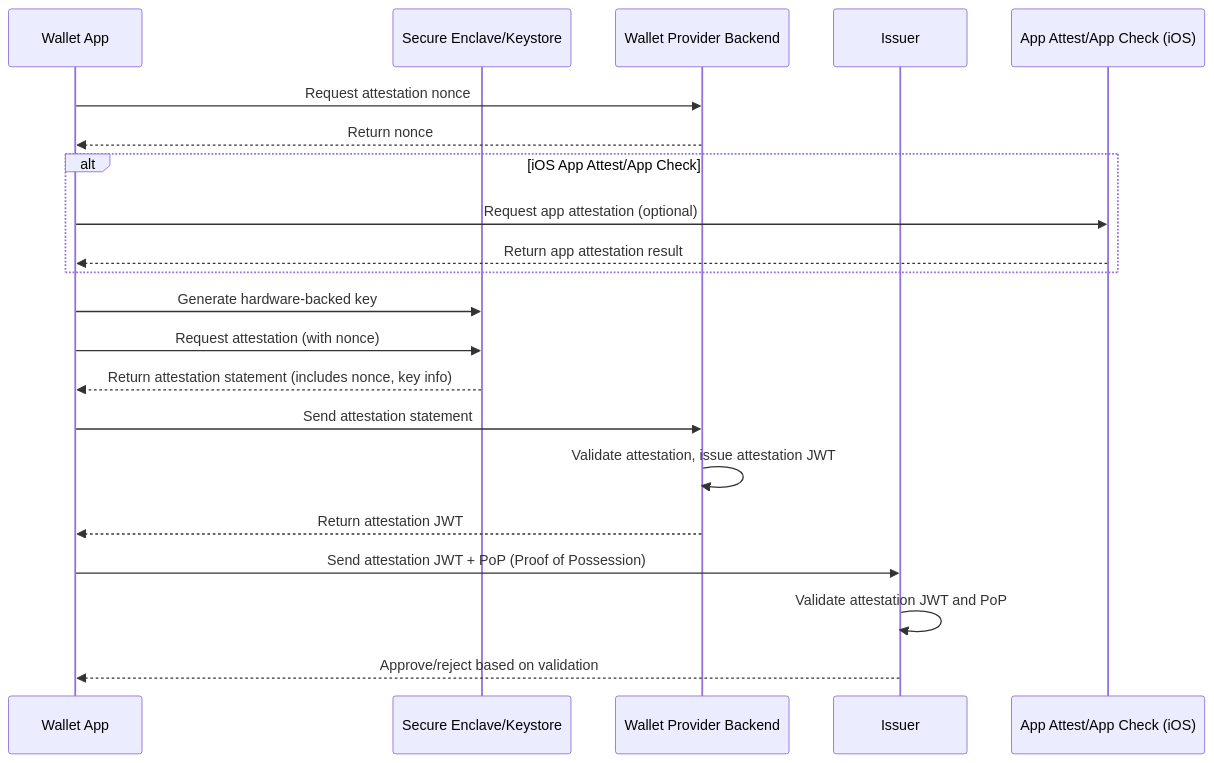
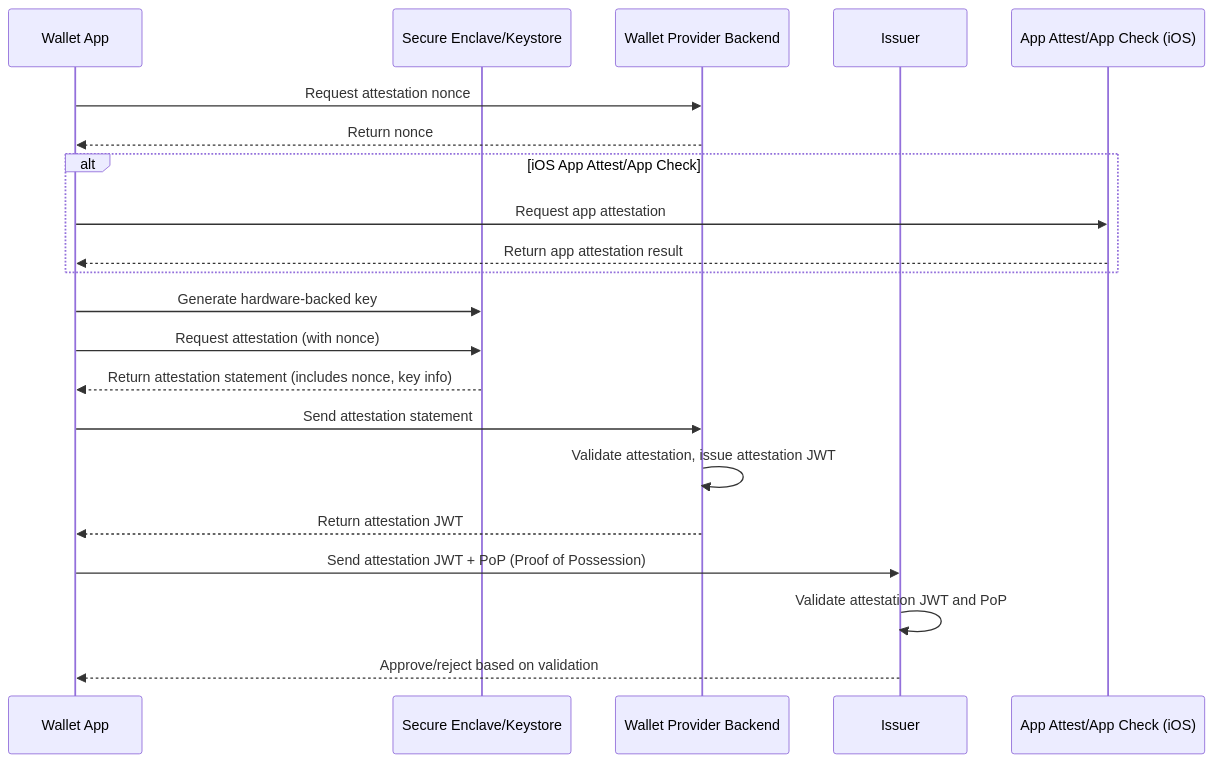
The diagram in docs/wallet-attestation.md (openwallet-foundation/bifold-wallet), drawn with Mermaid before and after one commit. The commit also changed other lines of this file, not shown here.

Commit message:
minor fix on sequence diagram

````diff
--- a/docs/wallet-attestation.md
+++ b/docs/wallet-attestation.md
@@ -117,24 +115,24 @@
 ```mermaid
 sequenceDiagram
    participant Wallet as Wallet App
    participant SecureArea as Secure Enclave/Keystore
    participant Backend as Wallet Provider Backend
    participant Issuer as Issuer
    participant AppCheck as App Attest/App Check (iOS)
 
    Wallet->>Backend: Request attestation nonce
    Backend-->>Wallet: Return nonce
    alt iOS App Attest/App Check
-      Wallet->>AppCheck: Request app attestation (optional)
+      Wallet->>AppCheck: Request app attestation
       AppCheck-->>Wallet: Return app attestation result
    end
    Wallet->>SecureArea: Generate hardware-backed key
    Wallet->>SecureArea: Request attestation (with nonce)
    SecureArea-->>Wallet: Return attestation statement (includes nonce, key info)
    Wallet->>Backend: Send attestation statement
    Backend->>Backend: Validate attestation, issue attestation JWT
    Backend-->>Wallet: Return attestation JWT
    Wallet->>Issuer: Send attestation JWT + PoP (Proof of Possession)
    Issuer->>Issuer: Validate attestation JWT and PoP
    Issuer-->>Wallet: Approve/reject based on validation
 ```
````
